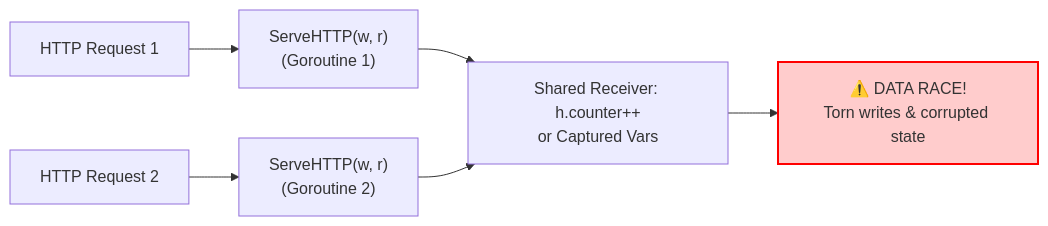
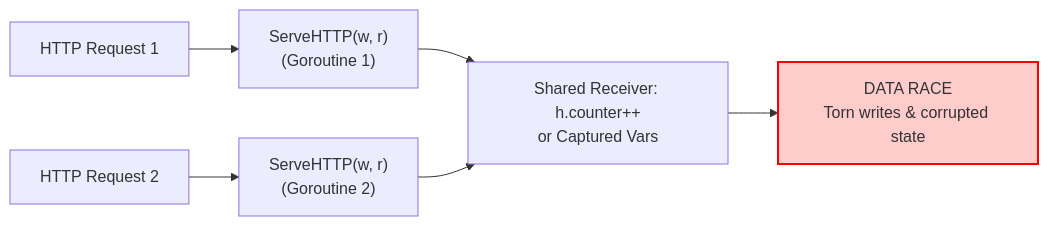
One commit to bharathvbcr/GoSree changed the fifth of 5 diagrams in docs/CONCURRENCY_MODEL.md. Above: the diagram before and after it, drawn with Mermaid. The commit also changed other lines of this file and 13 other files, not shown here.

````diff
--- a/docs/CONCURRENCY_MODEL.md
+++ b/docs/CONCURRENCY_MODEL.md
@@ -151,11 +153,11 @@
 ```mermaid
 flowchart LR
     Req1["HTTP Request 1"] --> Handler1["ServeHTTP(w, r)\n(Goroutine 1)"]
     Req2["HTTP Request 2"] --> Handler2["ServeHTTP(w, r)\n(Goroutine 2)"]
     
     Handler1 --> SharedState["Shared Receiver: h.counter++\nor Captured Vars"]
     Handler2 --> SharedState
 
-    SharedState --> Race["⚠️ DATA RACE!\nTorn writes & corrupted state"]
+    SharedState --> Race["DATA RACE\nTorn writes & corrupted state"]
     style Race fill:#ffcccc,stroke:#ff0000,stroke-width:2px
 ```
````
